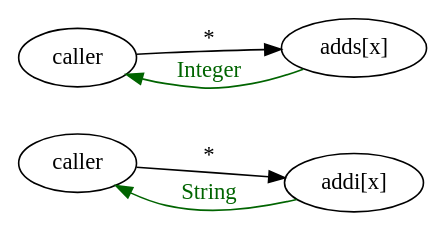
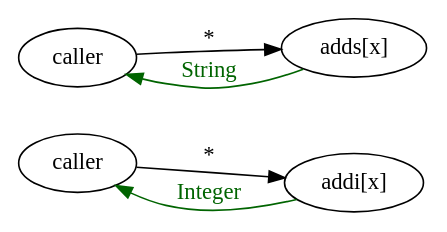
The diagram in source/_graphs/static-ruby/callgraph-opt2.dot (whitequark/blog), drawn with Graphviz before and after one commit. The commit also changed 3 other files, not shown here.

```diff
--- a/source/_graphs/static-ruby/callgraph-opt2.dot
+++ b/source/_graphs/static-ruby/callgraph-opt2.dot
@@ -1,18 +1,18 @@
 digraph {
   rankdir=LR;
   size="8,!";
 
   e_addi [label="caller"];
   addi [label="addi[x]"];
   e_adds [label="caller"];
   adds [label="adds[x]"];
 
   e_addi -> addi [label="*"];
-  addi -> e_addi [label="String", color="/svg/darkgreen", fontcolor="/svg/darkgreen"];
+  addi -> e_addi [label="Integer", color="/svg/darkgreen", fontcolor="/svg/darkgreen"];
 
   e_adds -> adds [label="*"];
-  adds -> e_adds [label="Integer", color="/svg/darkgreen", fontcolor="/svg/darkgreen"];
+  adds -> e_adds [label="String", color="/svg/darkgreen", fontcolor="/svg/darkgreen"];
 
   { rank=same; e_addi e_adds }
   { rank=same; addi adds }
 }
```
